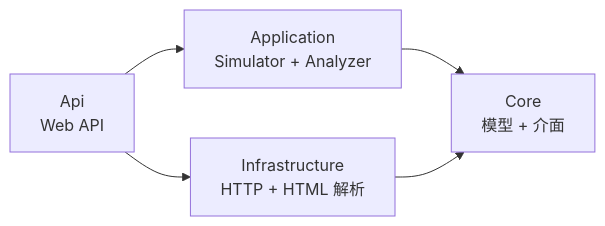
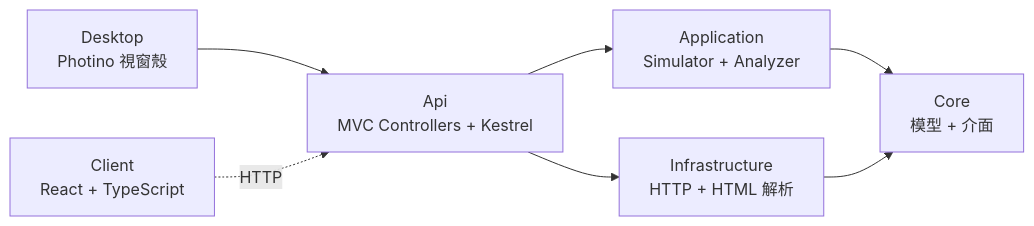
One commit to shiroki9979/battle-cat-calc changed the first of 3 diagrams in dotnet/docs/architecture.md. Above: the diagram before and after it, drawn with Mermaid. The commit also changed other lines of this file and 2 other files, not shown here.

````diff
--- a/dotnet/docs/architecture.md
+++ b/dotnet/docs/architecture.md
@@ -9,11 +10,15 @@
 ```mermaid
 graph LR
     Core["Core<br/>模型 + 介面"]
     Infra["Infrastructure<br/>HTTP + HTML 解析"]
     App["Application<br/>Simulator + Analyzer"]
-    Api["Api<br/>Web API"]
+    Api["Api<br/>MVC Controllers + Kestrel"]
+    Desktop["Desktop<br/>Photino 視窗殼"]
+    Client["Client<br/>React + TypeScript"]
 
     Api --> App --> Core
     Infra --> Core
     Api --> Infra
+    Desktop --> Api
+    Client -.->|HTTP| Api
 ```
````
